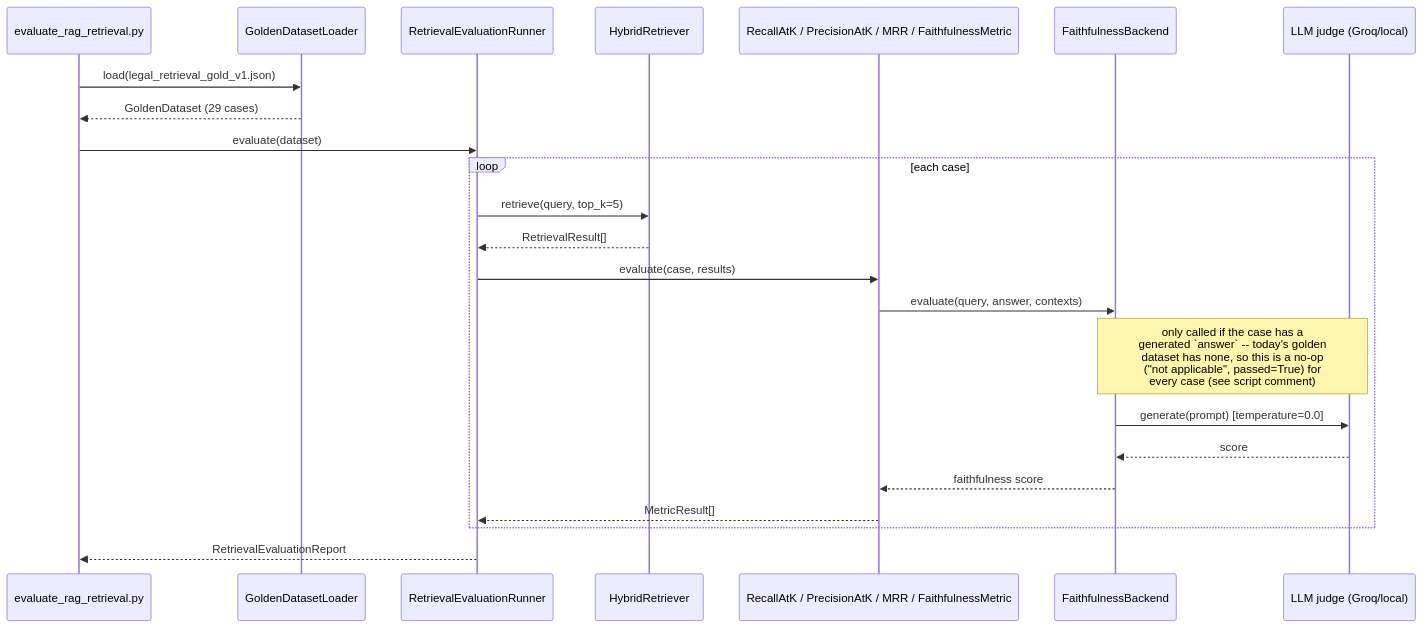
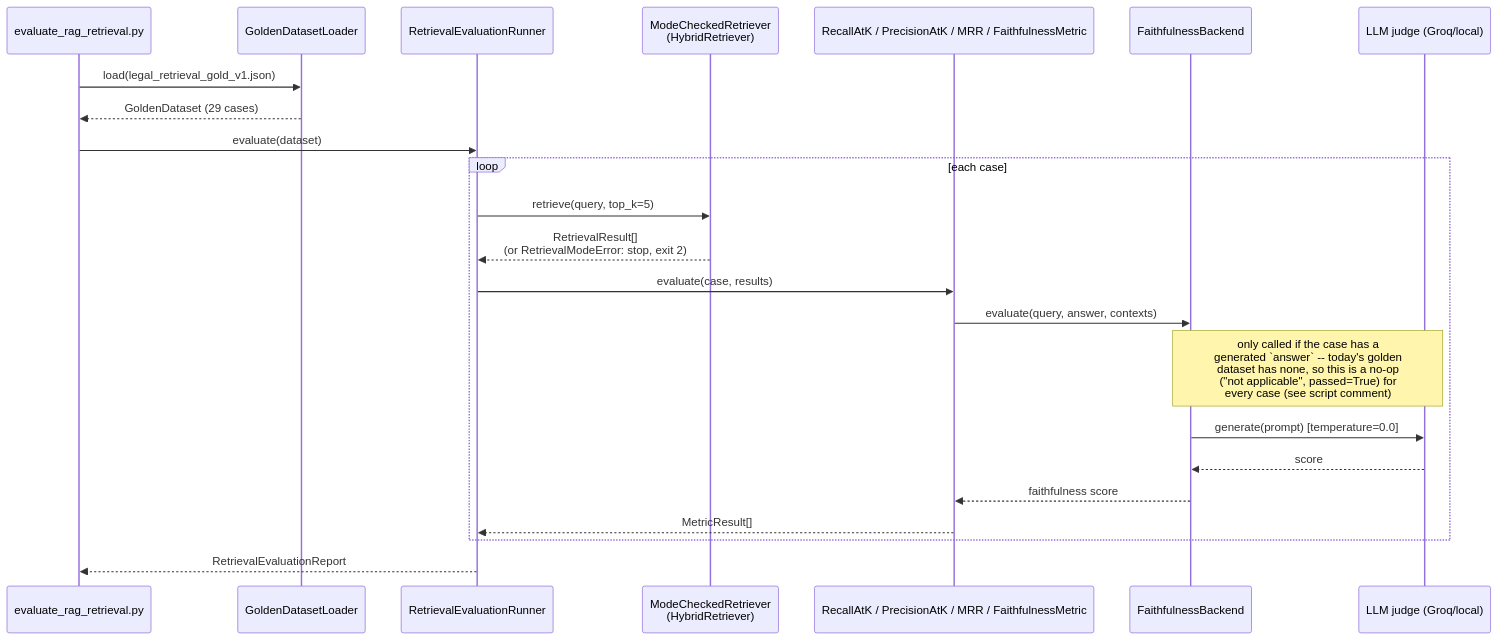
Before and after one commit to bharatkse/juris-ai: the third of 3 diagrams in server/src/rag/README.md, drawn with Mermaid. The commit also changed other lines of this file and 5 other files, not shown here.

First line of the commit message:
fix(rag-eval): evaluate full hybrid retrieval and fail on silent degradation (#88)

````diff
--- a/server/src/rag/README.md
+++ b/server/src/rag/README.md
@@ -137,26 +138,26 @@
 ```mermaid
 sequenceDiagram
     participant Script as evaluate_rag_retrieval.py
     participant Loader as GoldenDatasetLoader
     participant Runner as RetrievalEvaluationRunner
-    participant Retriever as HybridRetriever
+    participant Retriever as ModeCheckedRetriever<br/>(HybridRetriever)
     participant Metrics as RecallAtK / PrecisionAtK / MRR / FaithfulnessMetric
     participant FB as FaithfulnessBackend
     participant Judge as LLM judge (Groq/local)
 
     Script->>Loader: load(legal_retrieval_gold_v1.json)
     Loader-->>Script: GoldenDataset (29 cases)
     Script->>Runner: evaluate(dataset)
     loop each case
         Runner->>Retriever: retrieve(query, top_k=5)
-        Retriever-->>Runner: RetrievalResult[]
+        Retriever-->>Runner: RetrievalResult[]<br/>(or RetrievalModeError: stop, exit 2)
         Runner->>Metrics: evaluate(case, results)
         Metrics->>FB: evaluate(query, answer, contexts)
         Note over FB,Judge: only called if the case has a<br/>generated `answer` -- today's golden<br/>dataset has none, so this is a no-op<br/>("not applicable", passed=True) for<br/>every case (see script comment)
         FB->>Judge: generate(prompt) [temperature=0.0]
         Judge-->>FB: score
         FB-->>Metrics: faithfulness score
         Metrics-->>Runner: MetricResult[]
     end
     Runner-->>Script: RetrievalEvaluationReport
 ```
````
